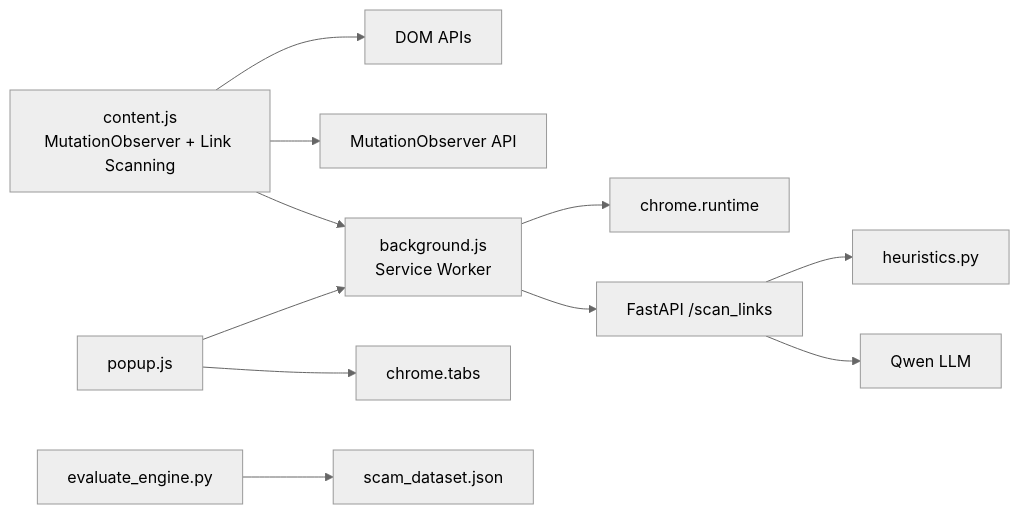
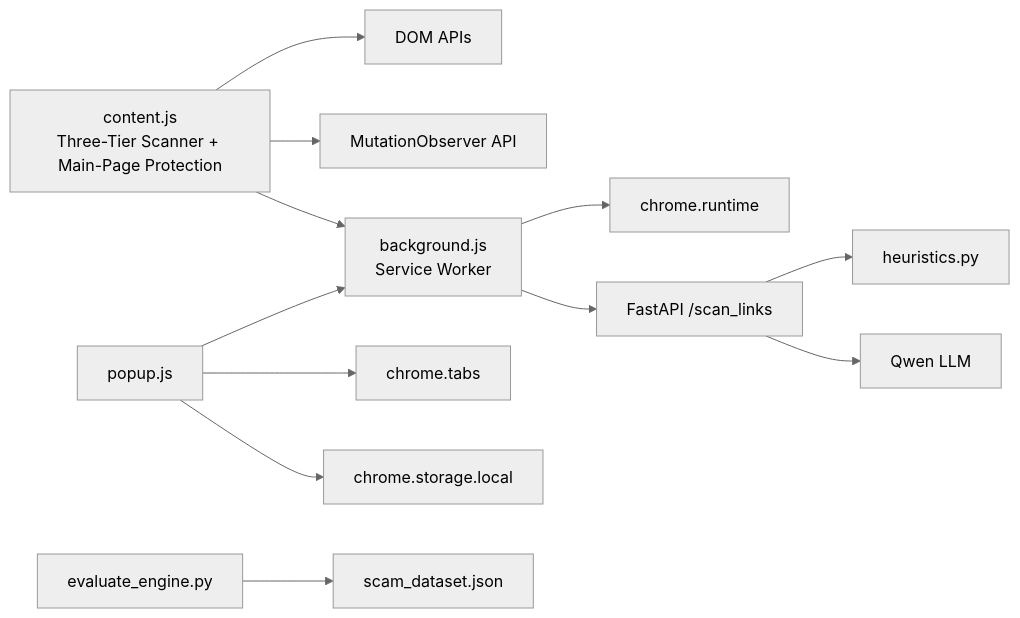
Before and after one commit to Aymanaahh/scrollguard-ai: the seventh of 7 diagrams in .qoder/repowiki/en/content/Chrome Extension Development.md, drawn with Mermaid (neutral theme). The commit also changed other lines of this file and 34 other files, not shown here.

````diff
--- a/.qoder/repowiki/en/content/Chrome Extension Development.md
+++ b/.qoder/repowiki/en/content/Chrome Extension Development.md
@@ -400,13 +481,14 @@
 ```mermaid
 graph LR
-ContentScript["content.js<br/>MutationObserver + Link Scanning"] --> BrowserDOM["DOM APIs"]
+ContentScript["content.js<br/>Three-Tier Scanner + Main-Page Protection"] --> BrowserDOM["DOM APIs"]
 ContentScript --> MutationObserver["MutationObserver API"]
 ContentScript --> Background["background.js<br/>Service Worker"]
 Background --> ChromeRuntime["chrome.runtime"]
 Background --> Backend["FastAPI /scan_links"]
 Popup["popup.js"] --> ChromeTabs["chrome.tabs"]
 Popup --> Background
+Popup --> Storage["chrome.storage.local"]
 Backend --> Heuristics["heuristics.py"]
 Backend --> LLM["Qwen LLM"]
 Eval["evaluate_engine.py"] --> Dataset["scam_dataset.json"]
 ```
````
